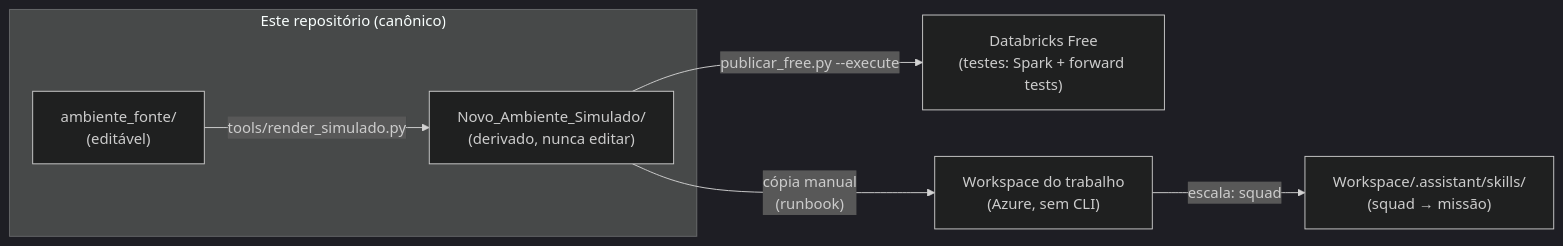
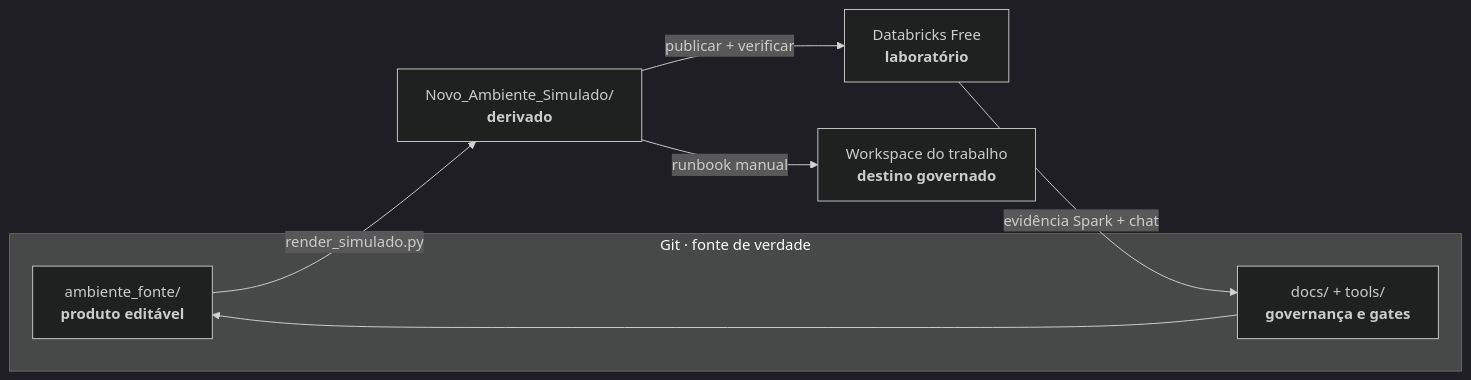
One commit to Guimarais-R-Rodrigo/Ambiente_Databricks changed the first of 3 diagrams in README.md. Above: the diagram before and after it, drawn with Mermaid (dark theme). The commit also changed other lines of this file and 32 other files, not shown here.

````diff
--- a/README.md
+++ b/README.md
@@ -18,9 +25,12 @@
 ```mermaid
 flowchart LR
-  subgraph REPO["Este repositório (canônico)"]
-    F["ambiente_fonte/\n(editável)"] -->|"tools/render_simulado.py"| S["Novo_Ambiente_Simulado/\n(derivado, nunca editar)"]
+  subgraph GIT["Git · fonte de verdade"]
+    F["ambiente_fonte/<br/><b>produto editável</b>"]
+    D["docs/ + tools/<br/><b>governança e gates</b>"]
   end
-  S -->|"publicar_free.py --execute"| FREE["Databricks Free\n(testes: Spark + forward tests)"]
-  S -->|"cópia manual\n(runbook)"| WORK["Workspace do trabalho\n(Azure, sem CLI)"]
-  WORK -->|"escala: squad"| SQUAD["Workspace/.assistant/skills/\n(squad → missão)"]
+  F -->|"render_simulado.py"| S["Novo_Ambiente_Simulado/<br/><b>derivado</b>"]
+  S -->|"publicar + verificar"| FREE["Databricks Free<br/><b>laboratório</b>"]
+  S -->|"runbook manual"| WORK["Workspace do trabalho<br/><b>destino governado</b>"]
+  D --> F
+  FREE -->|"evidência Spark + chat"| D
 ```
````
